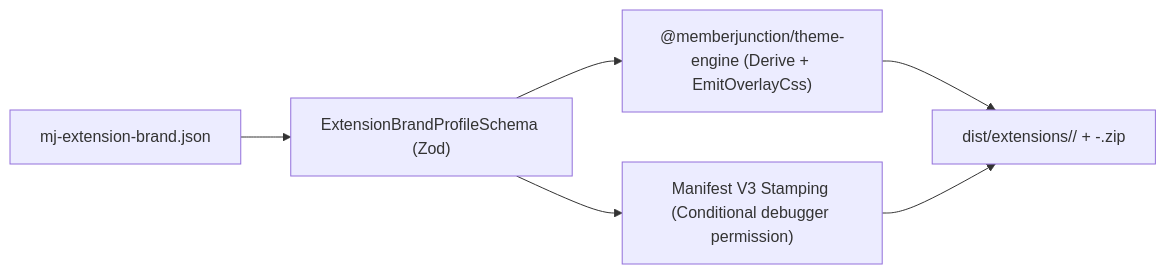
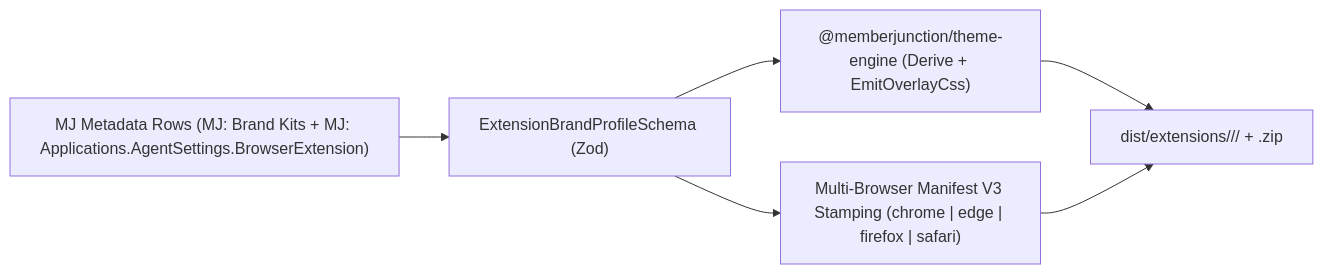
One commit to MemberJunction/MJ changed the diagram in packages/BrowserExtension/Builder/README.md. Above: the diagram before and after it, drawn with Mermaid. The commit also changed other lines of this file and 21 other files, not shown here.

Commit message:
feat(browser-extension): add multi-browser targets (chrome, edge, firefox, safari) and metadata-row brand builder

````diff
--- a/packages/BrowserExtension/Builder/README.md
+++ b/packages/BrowserExtension/Builder/README.md
@@ -15,8 +13,8 @@
 ```mermaid
 flowchart LR
-    JSON["mj-extension-brand.json"] --> ZOD["ExtensionBrandProfileSchema (Zod)"]
+    META["MJ Metadata Rows (MJ: Brand Kits + MJ: Applications.AgentSettings.BrowserExtension)"] --> ZOD["ExtensionBrandProfileSchema (Zod)"]
     ZOD --> TE["@memberjunction/theme-engine (Derive + EmitOverlayCss)"]
-    ZOD --> MF["Manifest V3 Stamping (Conditional debugger permission)"]
-    TE --> OUT["dist/extensions/<brandSlug>/ + <brandSlug>-<version>.zip"]
+    ZOD --> MF["Multi-Browser Manifest V3 Stamping (chrome | edge | firefox | safari)"]
+    TE --> OUT["dist/extensions/<brandSlug>/<browser>/ + .zip"]
     MF --> OUT
 ```
````
